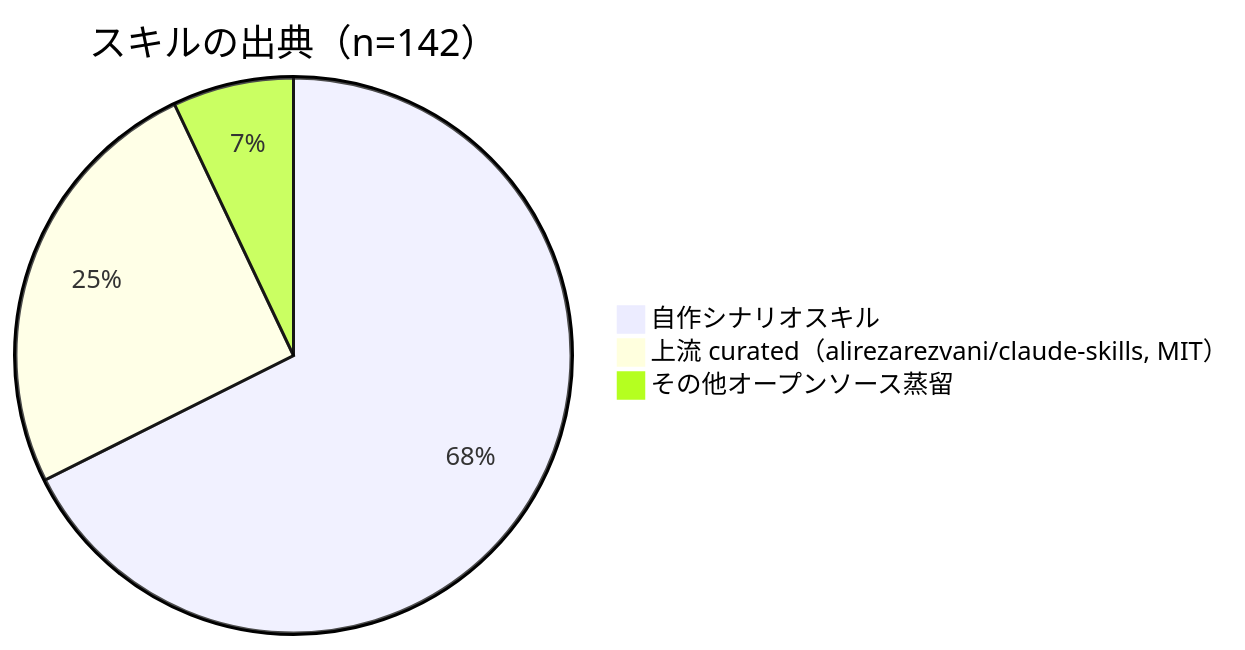
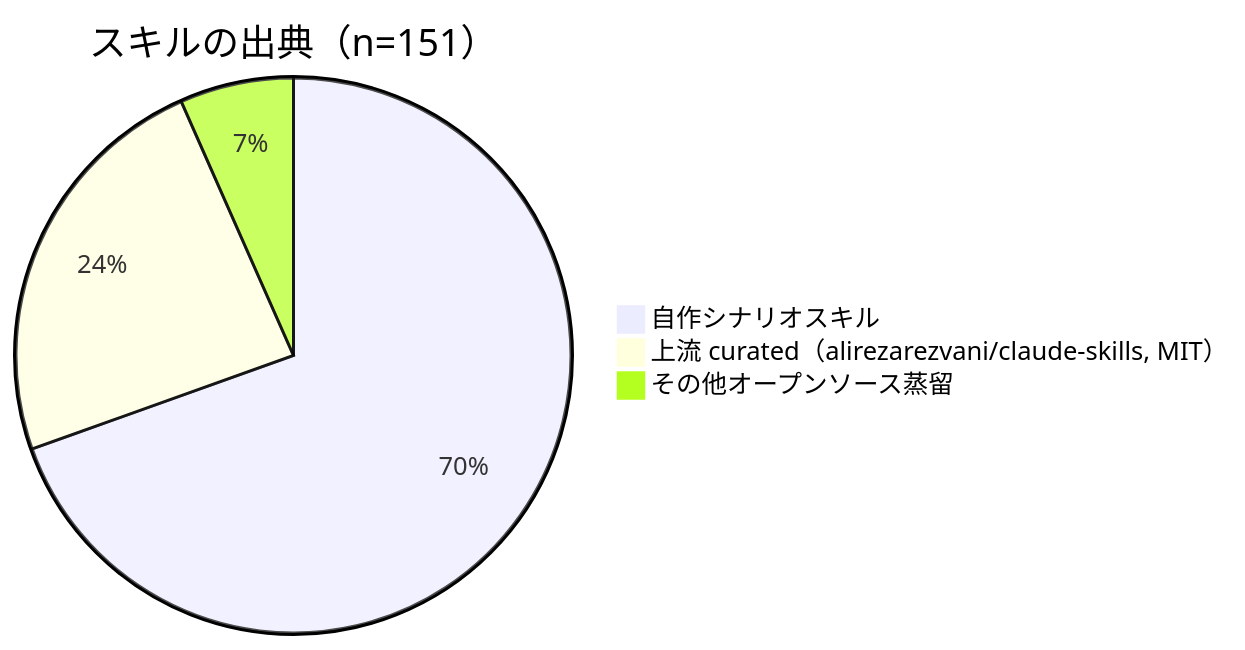
The second of 3 diagrams in README.ja.md (Morningstar202604/awesome-skillkit), drawn with Mermaid before and after one commit. The commit also changed other lines of this file and 75 other files, not shown here.

````diff
--- a/README.ja.md
+++ b/README.ja.md
@@ -44,6 +44,6 @@
 ```mermaid
-pie title スキルの出典（n=142）
-    "自作シナリオスキル" : 96
+pie title スキルの出典（n=151）
+    "自作シナリオスキル" : 105
     "上流 curated（alirezarezvani/claude-skills, MIT）" : 36
     "その他オープンソース蒸留" : 10
 ```
````
